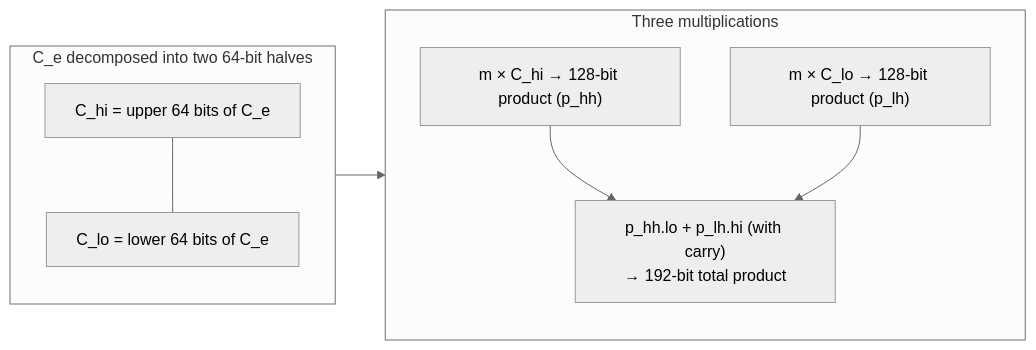
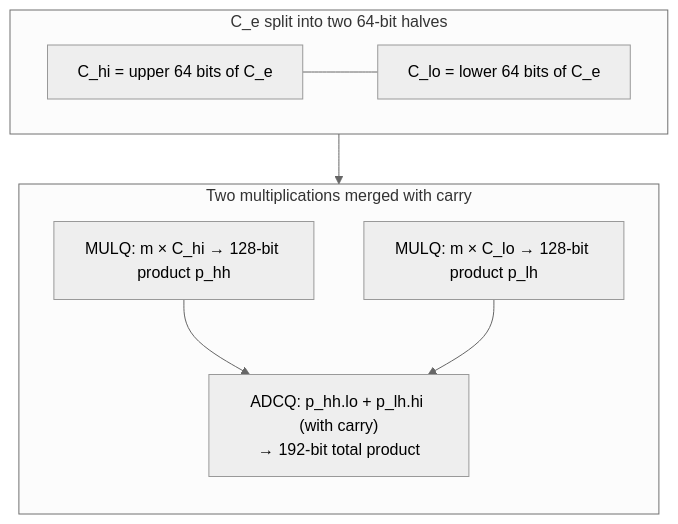
The seventh of 8 diagrams in docs/theory/russ-cox.md (the-lkb/beast-json), drawn with Mermaid (neutral theme) before and after one commit. The commit also changed other lines of this file and 4 other files, not shown here.

````diff
--- a/docs/theory/russ-cox.md
+++ b/docs/theory/russ-cox.md
@@ -203,20 +198,20 @@
 ```mermaid
-flowchart LR
-    subgraph DECOMPOSE["C_e decomposed into two 64-bit halves"]
-        direction TB
+flowchart TB
+    subgraph DECOMPOSE["C_e split into two 64-bit halves"]
+        direction LR
         CH["C_hi = upper 64 bits of C_e"]
         CL["C_lo = lower 64 bits of C_e"]
         CH --- CL
     end
 
-    subgraph MULS["Three multiplications"]
+    subgraph MULS["Two multiplications merged with carry"]
         direction TB
-        M1["m × C_hi → 128-bit product (p_hh)"]
-        M2["m × C_lo → 128-bit product (p_lh)"]
-        ADD["p_hh.lo + p_lh.hi (with carry)\n→ 192-bit total product"]
+        M1["MULQ: m × C_hi → 128-bit product p_hh"]
+        M2["MULQ: m × C_lo → 128-bit product p_lh"]
+        ADD["ADCQ: p_hh.lo + p_lh.hi (with carry)<br/>→ 192-bit total product"]
         M1 --> ADD
         M2 --> ADD
     end
 
     DECOMPOSE --> MULS
 ```
````
